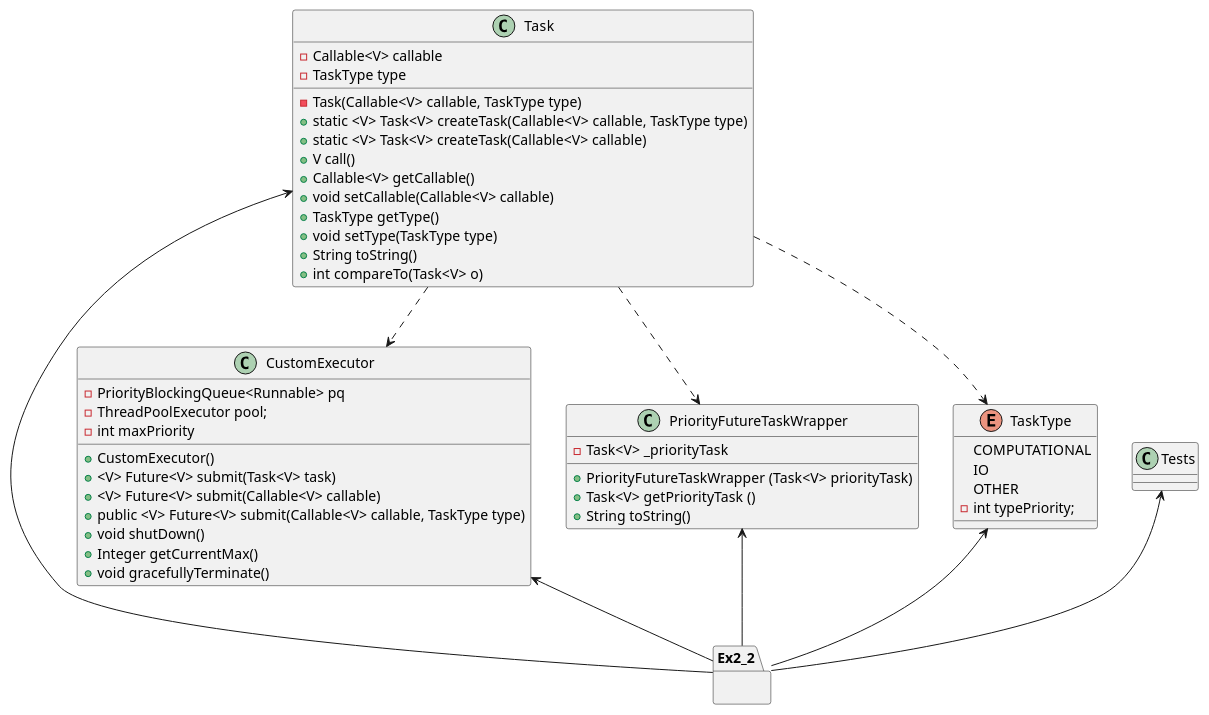
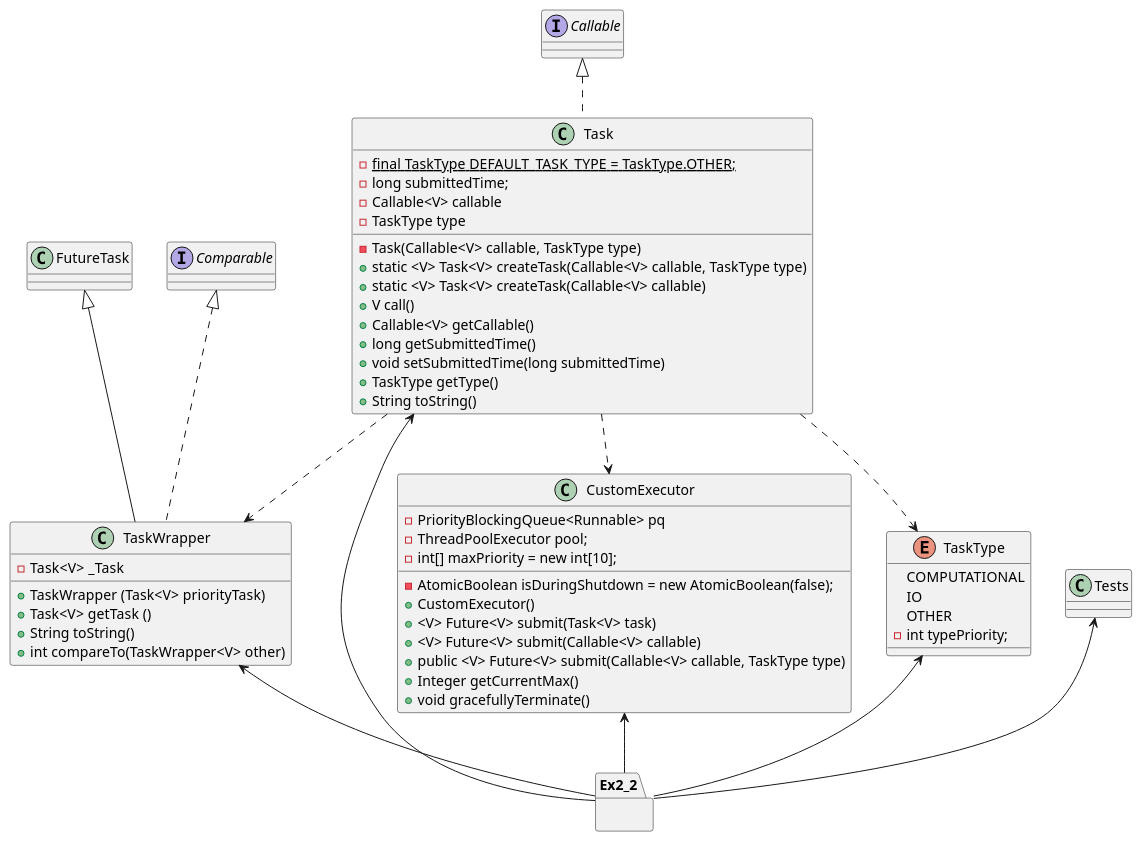
Before and after one commit to ofirshitrit/OOP-Ex2: the diagram in src/Ex2_2/Diagram2.puml, drawn with PlantUML. The commit also changed 6 other files, not shown here.

Commit message:
change the diagram2

```diff
--- a/src/Ex2_2/Diagram2.puml
+++ b/src/Ex2_2/Diagram2.puml
@@ -1,63 +1,62 @@
 @startuml
 CustomExecutor <-- Ex2_2
 Task <-- Ex2_2
-PriorityFutureTaskWrapper <-- Ex2_2
+TaskWrapper <-- Ex2_2
 TaskType <-- Ex2_2
 Tests <-- Ex2_2
 Task ..> CustomExecutor
 Task ..> TaskType
-Task ..> PriorityFutureTaskWrapper
+Task ..> TaskWrapper
 
 
 
 package Ex2_2{
 
 }
 
 class CustomExecutor {
-
  - PriorityBlockingQueue<Runnable> pq
    - ThreadPoolExecutor pool;
-   - int maxPriority
-     + CustomExecutor()
+   - AtomicBoolean isDuringShutdown = new AtomicBoolean(false);
+- int[] maxPriority = new int[10];
++ CustomExecutor()
      + <V> Future<V> submit(Task<V> task)
      + <V> Future<V> submit(Callable<V> callable)
     + public <V> Future<V> submit(Callable<V> callable, TaskType type)
-    + void shutDown()
     + Integer getCurrentMax()
     + void gracefullyTerminate()
 }
 
-class Task{
+class Task implements Callable{
+- {static} final TaskType DEFAULT_TASK_TYPE = TaskType.OTHER;
+- long submittedTime;
 - Callable<V> callable
 - TaskType type
 - Task(Callable<V> callable, TaskType type)
 + static <V> Task<V> createTask(Callable<V> callable, TaskType type)
 + static <V> Task<V> createTask(Callable<V> callable)
 + V call()
 + Callable<V> getCallable()
-+ void setCallable(Callable<V> callable)
++ long getSubmittedTime()
++ void setSubmittedTime(long submittedTime)
 + TaskType getType()
-+ void setType(TaskType type)
 + String toString()
-+ int compareTo(Task<V> o)
 }
-
-
 
 enum TaskType{
     COMPUTATIONAL
     IO
     OTHER
     - int typePriority;
 }
 
-class PriorityFutureTaskWrapper{
-- Task<V> _priorityTask
-+ PriorityFutureTaskWrapper (Task<V> priorityTask)
-+ Task<V> getPriorityTask ()
+class TaskWrapper extends FutureTask implements Comparable{
+- Task<V> _Task
++ TaskWrapper (Task<V> priorityTask)
++ Task<V> getTask ()
 + String toString()
++ int compareTo(TaskWrapper<V> other)
 }
 
 
 @enduml
```
